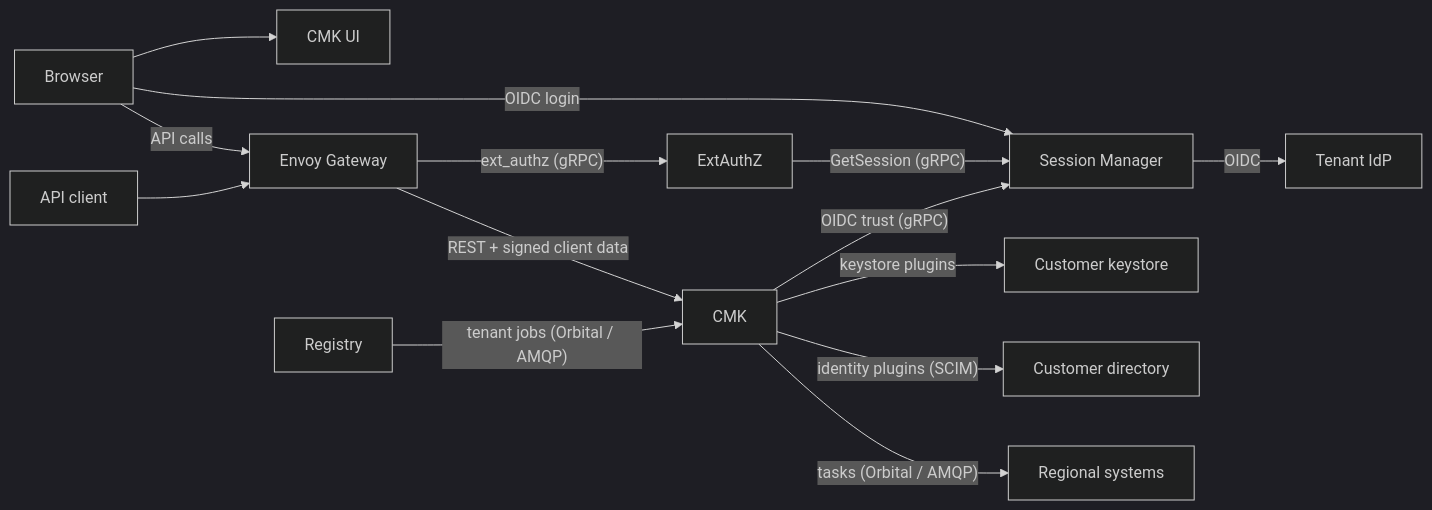
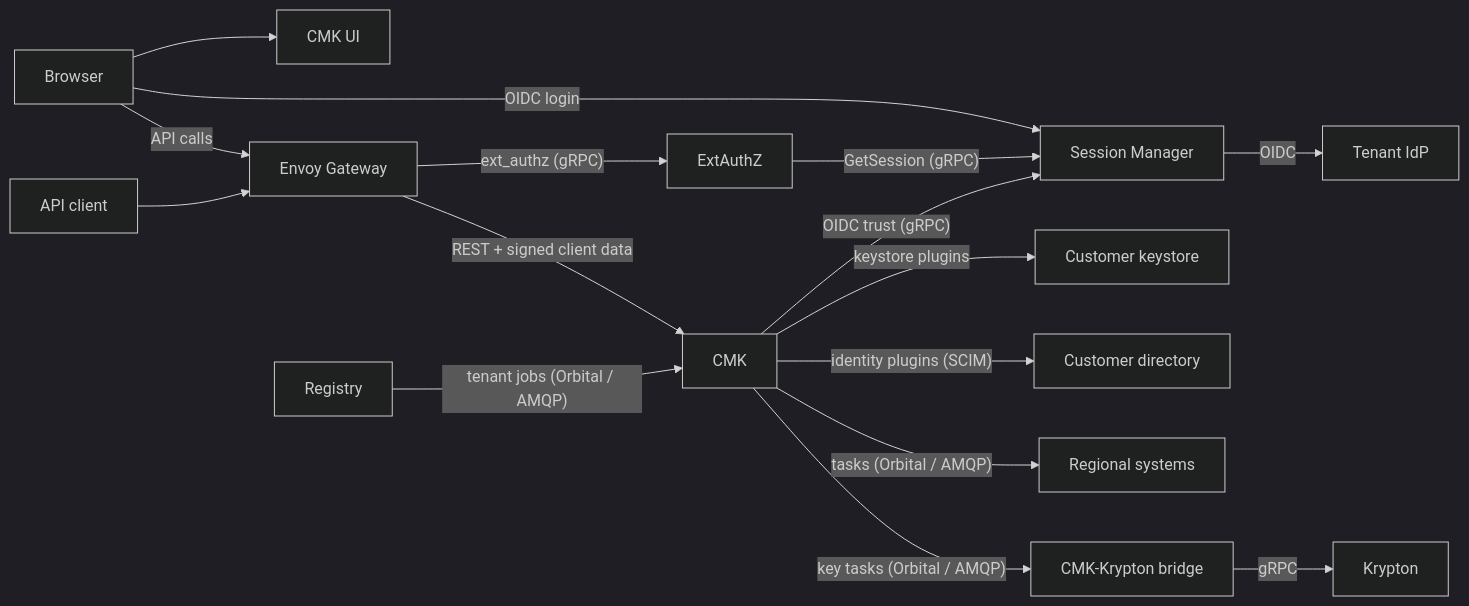
One commit to openkcm/openkcm.github.io changed the diagram in docs/components/cmk/index.md. Above: the diagram before and after it, drawn with Mermaid (dark theme). The commit also changed other lines of this file and 18 other files, not shown here.

````diff
--- a/docs/components/cmk/index.md
+++ b/docs/components/cmk/index.md
@@ -23,16 +26,18 @@
 ```mermaid
 flowchart LR
     Browser["Browser"] --> UI["CMK UI"]
     Browser -- "OIDC login" --> SM["Session Manager"]
     SM -- "OIDC" --> IdP["Tenant IdP"]
     Browser -- "API calls" --> Envoy["Envoy Gateway"]
     Client["API client"] --> Envoy
     Envoy -- "ext_authz (gRPC)" --> ExtAuthZ["ExtAuthZ"]
     ExtAuthZ -- "GetSession (gRPC)" --> SM
     Envoy -- "REST + signed client data" --> CMK["CMK"]
     CMK -- "keystore plugins" --> KMS["Customer keystore"]
     CMK -- "identity plugins (SCIM)" --> Dir["Customer directory"]
     CMK -- "OIDC trust (gRPC)" --> SM
     Registry["Registry"] -- "tenant jobs (Orbital / AMQP)" --> CMK
     CMK -- "tasks (Orbital / AMQP)" --> Systems["Regional systems"]
+    CMK -- "key tasks (Orbital / AMQP)" --> Bridge["CMK-Krypton bridge"]
+    Bridge -- "gRPC" --> Krypton["Krypton"]
 ```
````
